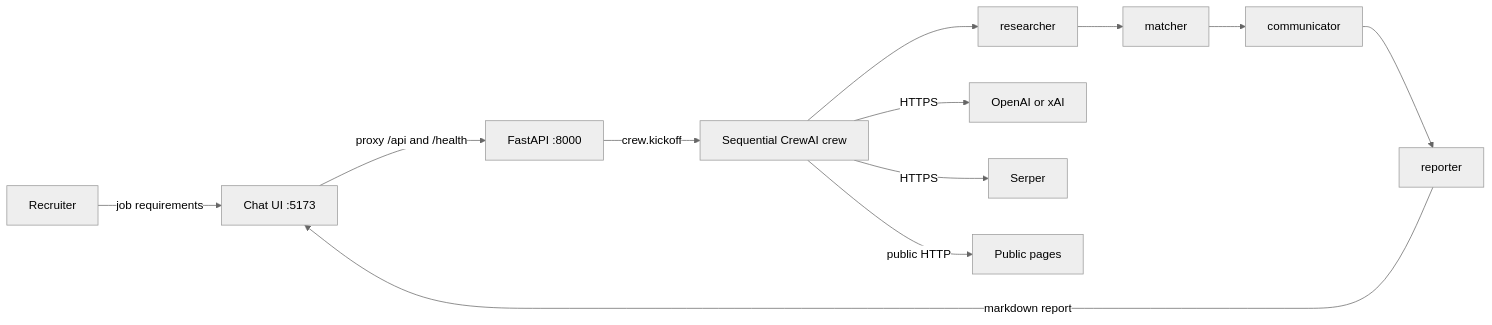
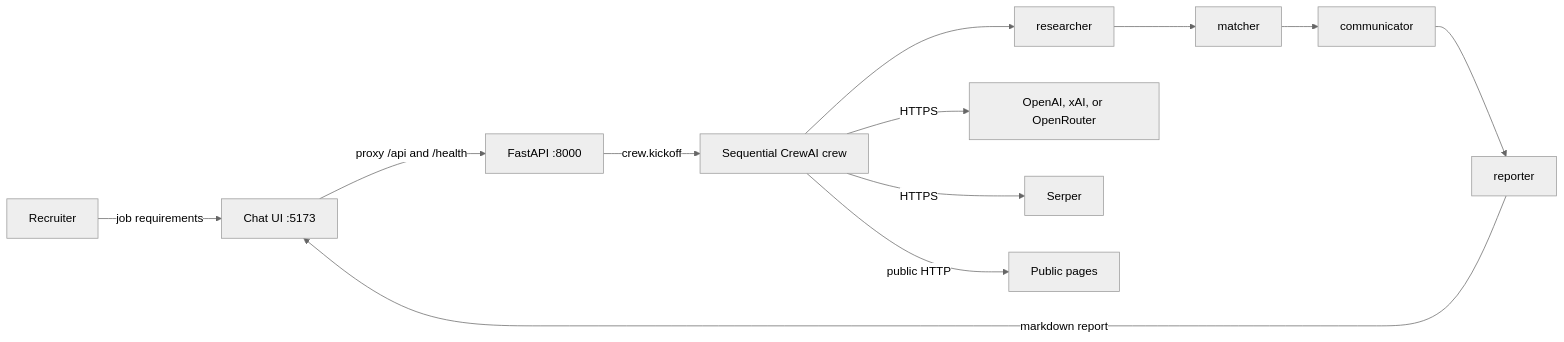
The diagram in README.md (EricSkw/recruitment-assistant), drawn with Mermaid (neutral theme) before and after one commit. The commit also changed other lines of this file and 14 other files, not shown here.

````diff
--- a/README.md
+++ b/README.md
@@ -76,14 +76,14 @@
 ```mermaid
 flowchart LR
   Recruiter -->|job requirements| Chat["Chat UI :5173"]
   Chat -->|proxy /api and /health| API["FastAPI :8000"]
   API -->|crew.kickoff| Crew[Sequential CrewAI crew]
   Crew --> R[researcher]
   R --> M[matcher]
   M --> C[communicator]
   C --> P[reporter]
   P -->|markdown report| Chat
-  Crew -->|HTTPS| LLM[OpenAI or xAI]
+  Crew -->|HTTPS| LLM[OpenAI, xAI, or OpenRouter]
   Crew -->|HTTPS| Search[Serper]
   Crew -->|public HTTP| Web[Public pages]
 ```
````
